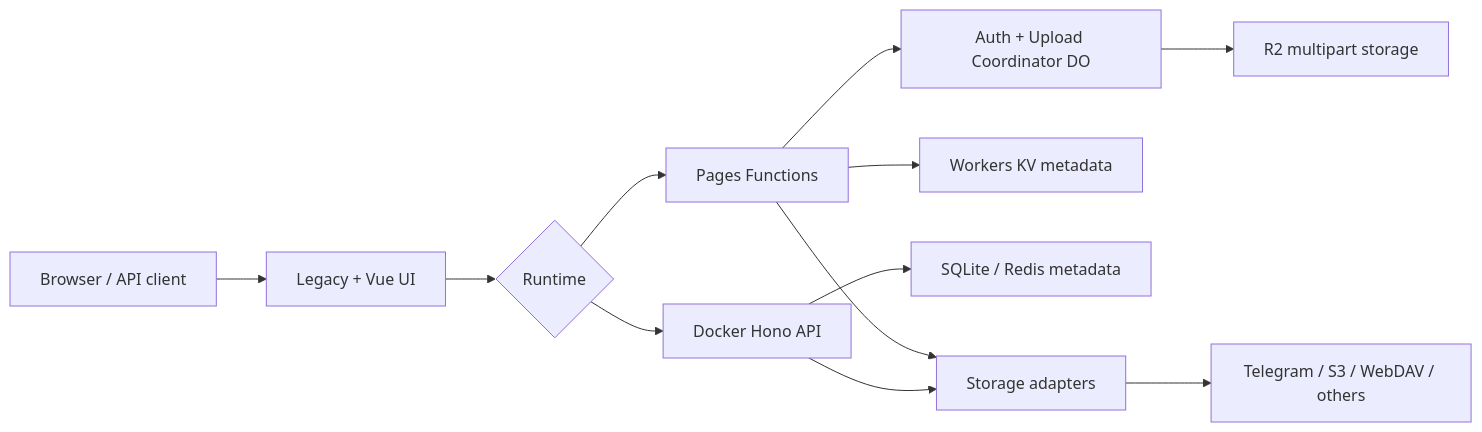
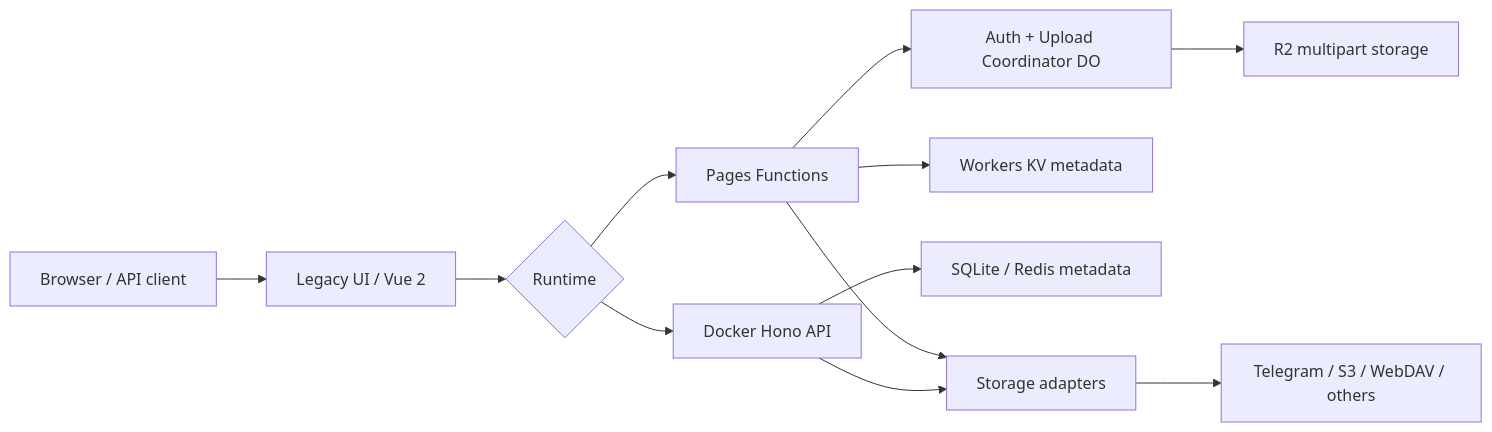
The diagram in README.md (Seraph-x/Seraph-Pictures), drawn with Mermaid before and after one commit. The commit also changed other lines of this file and 110 other files, not shown here.

````diff
--- a/README.md
+++ b/README.md
@@ -78,14 +78,14 @@
 ```mermaid
 flowchart LR
-  browser[Browser / API client] --> frontend[Legacy + Vue UI]
+  browser[Browser / API client] --> frontend[Legacy UI / Vue 2]
   frontend --> runtime{Runtime}
   runtime --> pages[Pages Functions]
   runtime --> docker[Docker Hono API]
   pages --> coordinator[Auth + Upload Coordinator DO]
   pages --> metadata[Workers KV metadata]
   docker --> metadata_docker[SQLite / Redis metadata]
   coordinator --> r2[R2 multipart storage]
   pages --> adapters[Storage adapters]
   docker --> adapters
   adapters --> remote[Telegram / S3 / WebDAV / others]
 ```
````
